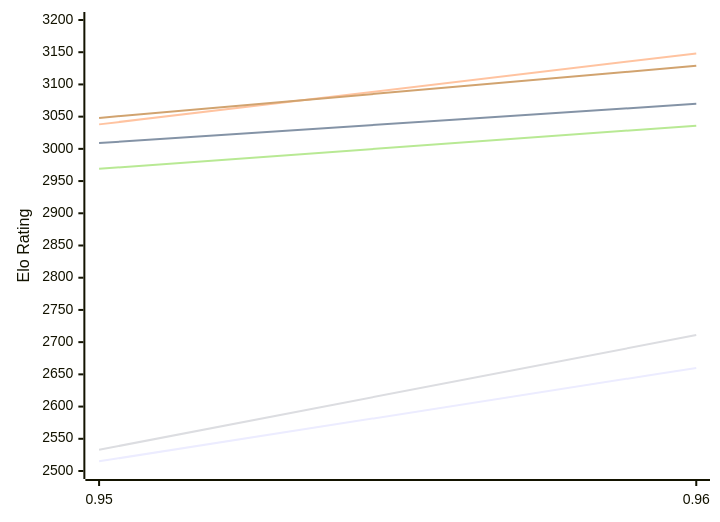
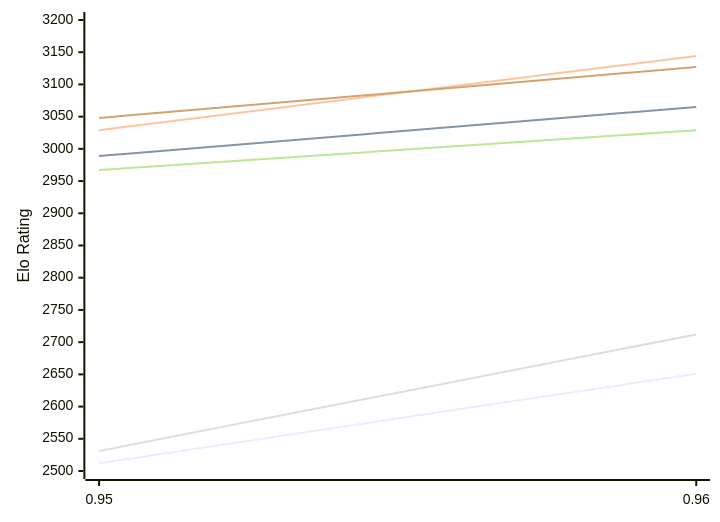
One commit to computer-chess-index/cci changed the first of 2 diagrams in engines/Myrddin.md. Above: the diagram before and after it, drawn with Mermaid. The commit also changed other lines of this file, not shown here.

Commit message:
Update CCI Ratings (ELO VLTC) - 2026-11-26

````diff
--- a/engines/Myrddin.md
+++ b/engines/Myrddin.md
@@ -51,12 +51,12 @@
 ```mermaid
 %%{init: {"theme":"base","themeVariables":{"seriesColors:['#a3a3a3','#222221','#faa371']}}}%%
 xychart-beta
   x-axis ["0.95", "0.96"]
   y-axis "Elo Rating" 2500 --> 3200
-  line "E1: STC (8.0+0.08s)" [2515, 2660]
-  line "E1: LTC (60.0+0.60s)" [3009, 3070]
-  line "E1: VLTC (2m24s+1.12s)" [3038, 3148]
-  line "P1: STC (8.0+0.08s)" [2533, 2711]
-  line "P1: LTC (60.0+0.60s)" [2969, 3036]
-  line "P1: VLTC (2m24s+1.12s)" [3048, 3129]
+  line "E1: STC (8.0+0.08s)" [2512, 2651]
+  line "E1: LTC (60.0+0.60s)" [2989, 3065]
+  line "E1: VLTC (2m24s+1.12s)" [3029, 3144]
+  line "P1: STC (8.0+0.08s)" [2531, 2712]
+  line "P1: LTC (60.0+0.60s)" [2967, 3029]
+  line "P1: VLTC (2m24s+1.12s)" [3048, 3127]
 ```
````
